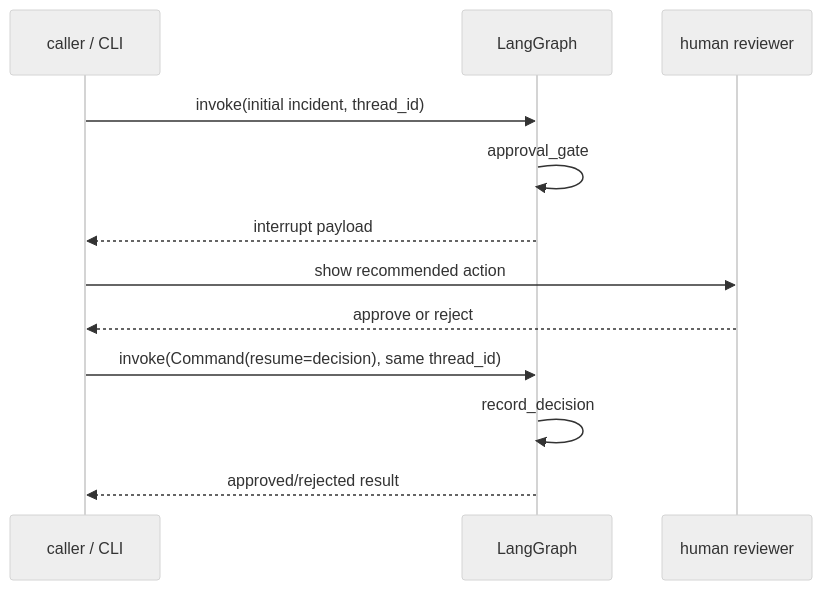
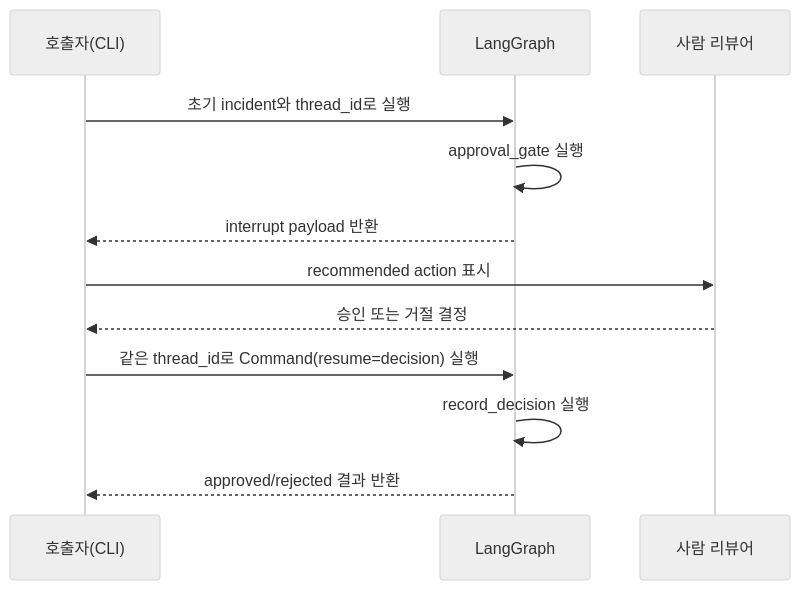
Before and after one commit to sangjinsu/agent-learning: the diagram in guides/chapters/13-human-in-the-loop.md, drawn with Mermaid (neutral theme).

Commit message:
docs: localize human-in-the-loop diagram

````diff
--- a/guides/chapters/13-human-in-the-loop.md
+++ b/guides/chapters/13-human-in-the-loop.md
@@ -23,15 +23,15 @@
 ```mermaid
 sequenceDiagram
-    participant Caller as caller / CLI
+    participant Caller as 호출자(CLI)
     participant Graph as LangGraph
-    participant Human as human reviewer
+    participant Human as 사람 리뷰어
 
-    Caller->>Graph: invoke(initial incident, thread_id)
-    Graph->>Graph: approval_gate
-    Graph-->>Caller: interrupt payload
-    Caller->>Human: show recommended action
-    Human-->>Caller: approve or reject
-    Caller->>Graph: invoke(Command(resume=decision), same thread_id)
-    Graph->>Graph: record_decision
-    Graph-->>Caller: approved/rejected result
+    Caller->>Graph: 초기 incident와 thread_id로 실행
+    Graph->>Graph: approval_gate 실행
+    Graph-->>Caller: interrupt payload 반환
+    Caller->>Human: recommended action 표시
+    Human-->>Caller: 승인 또는 거절 결정
+    Caller->>Graph: 같은 thread_id로 Command(resume=decision) 실행
+    Graph->>Graph: record_decision 실행
+    Graph-->>Caller: approved/rejected 결과 반환
 ```
````
